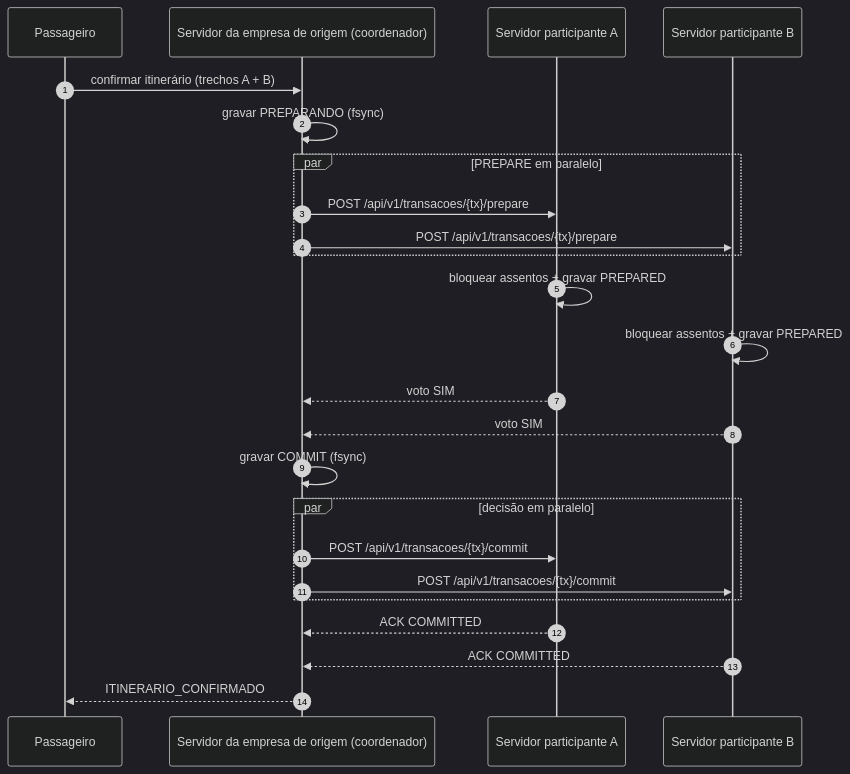
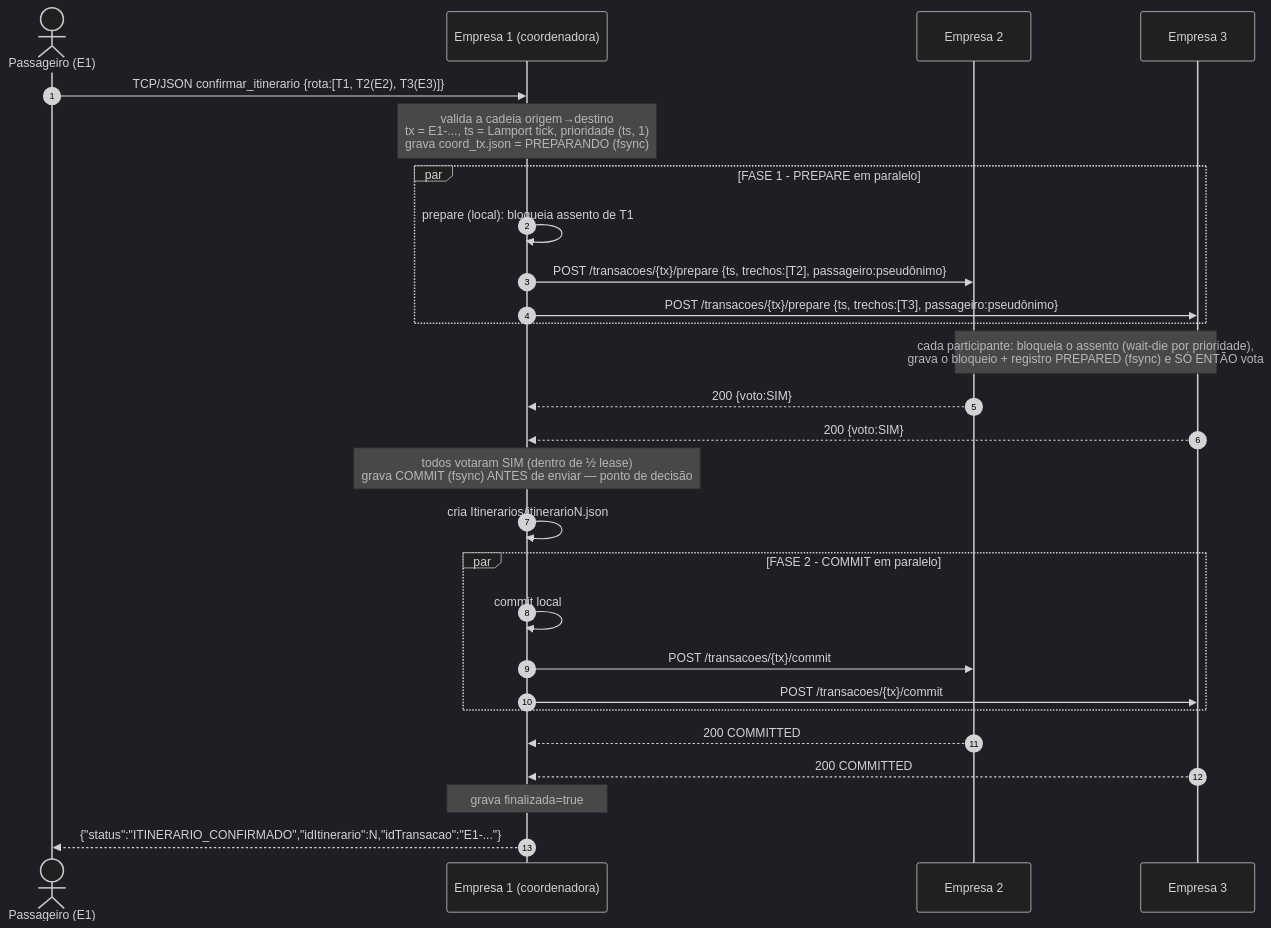
The first of 3 diagrams in PBL2/README.md (TaironeNzz/Projeto-VaiJunto---MI-concorr-ncia-e-conectividade), drawn with Mermaid (dark theme) before and after one commit. The commit also changed other lines of this file, not shown here.

````diff
--- a/PBL2/README.md
+++ b/PBL2/README.md
@@ -493,26 +116,30 @@
 ```mermaid
 sequenceDiagram
     autonumber
-    participant P as Passageiro
-    participant C as Servidor da empresa de origem (coordenador)
-    participant A as Servidor participante A
-    participant B as Servidor participante B
-    P->>C: confirmar itinerário (trechos A + B)
-    C->>C: gravar PREPARANDO (fsync)
-    par PREPARE em paralelo
-        C->>A: POST /api/v1/transacoes/{tx}/prepare
-        C->>B: POST /api/v1/transacoes/{tx}/prepare
+    actor P as Passageiro (E1)
+    participant E1 as Empresa 1 (coordenadora)
+    participant E2 as Empresa 2
+    participant E3 as Empresa 3
+
+    P->>E1: TCP/JSON confirmar_itinerario {rota:[T1, T2(E2), T3(E3)]}
+    Note over E1: valida a cadeia origem→destino<br/>tx = E1-..., ts = Lamport tick, prioridade (ts, 1)<br/>grava coord_tx.json = PREPARANDO (fsync)
+    par FASE 1 - PREPARE em paralelo
+        E1->>E1: prepare (local): bloqueia assento de T1
+        E1->>E2: POST /transacoes/{tx}/prepare {ts, trechos:[T2], passageiro:pseudônimo}
+        E1->>E3: POST /transacoes/{tx}/prepare {ts, trechos:[T3], passageiro:pseudônimo}
     end
-    A->>A: bloquear assentos + gravar PREPARED
-    B->>B: bloquear assentos + gravar PREPARED
-    A-->>C: voto SIM
-    B-->>C: voto SIM
-    C->>C: gravar COMMIT (fsync)
-    par decisão em paralelo
-        C->>A: POST /api/v1/transacoes/{tx}/commit
-        C->>B: POST /api/v1/transacoes/{tx}/commit
+    Note over E2,E3: cada participante: bloqueia o assento (wait-die por prioridade),<br/>grava o bloqueio + registro PREPARED (fsync) e SÓ ENTÃO vota
+    E2-->>E1: 200 {voto:SIM}
+    E3-->>E1: 200 {voto:SIM}
+    Note over E1: todos votaram SIM (dentro de ½ lease)<br/>grava COMMIT (fsync) ANTES de enviar — ponto de decisão
+    E1->>E1: cria Itinerarios/itinerarioN.json
+    par FASE 2 - COMMIT em paralelo
+        E1->>E1: commit local
+        E1->>E2: POST /transacoes/{tx}/commit
+        E1->>E3: POST /transacoes/{tx}/commit
     end
-    A-->>C: ACK COMMITTED
-    B-->>C: ACK COMMITTED
-    C-->>P: ITINERARIO_CONFIRMADO
+    E2-->>E1: 200 COMMITTED
+    E3-->>E1: 200 COMMITTED
+    Note over E1: grava finalizada=true
+    E1-->>P: {"status":"ITINERARIO_CONFIRMADO","idItinerario":N,"idTransacao":"E1-..."}
 ```
````
